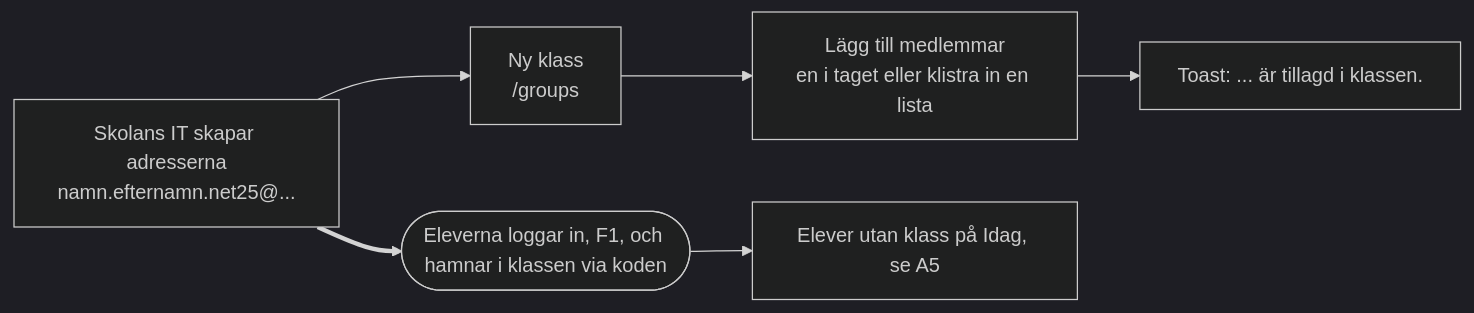
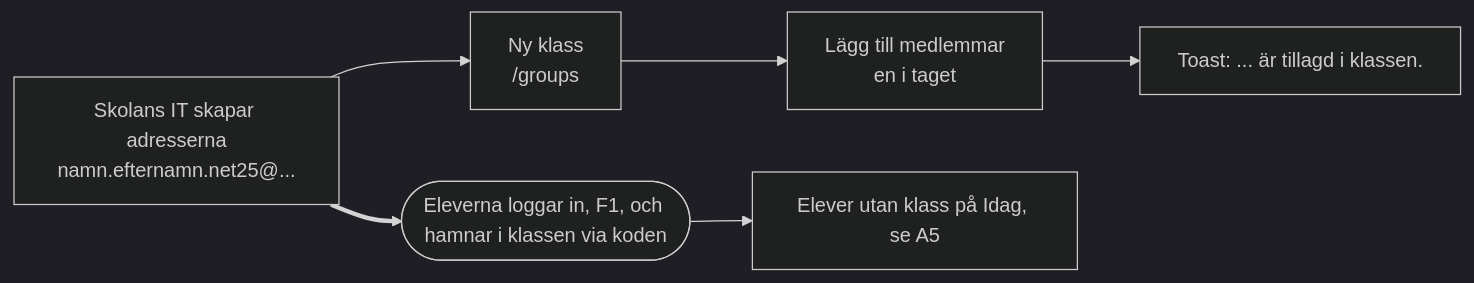
Before and after one commit to discovicke/Larka: the ninth of 13 diagrams in docs/roller-och-floden.md, drawn with Mermaid (dark theme). The commit also changed other lines of this file and 83 other files, not shown here.

````diff
--- a/docs/roller-och-floden.md
+++ b/docs/roller-och-floden.md
@@ -249,8 +257,8 @@
 ```mermaid
 flowchart LR
     A["Skolans IT skapar adresserna<br/>namn.efternamn.net25@..."] --> B["Ny klass<br/>/groups"]
-    B --> D["Lägg till medlemmar<br/>en i taget eller klistra in en lista"]
+    B --> D["Lägg till medlemmar<br/>en i taget"]
     D --> E["Toast: ... är tillagd i klassen."]
     A ==> F(["Eleverna loggar in, F1, och hamnar i klassen via koden"])
     F --> G["Elever utan klass på Idag, se A5"]
 ```
````
